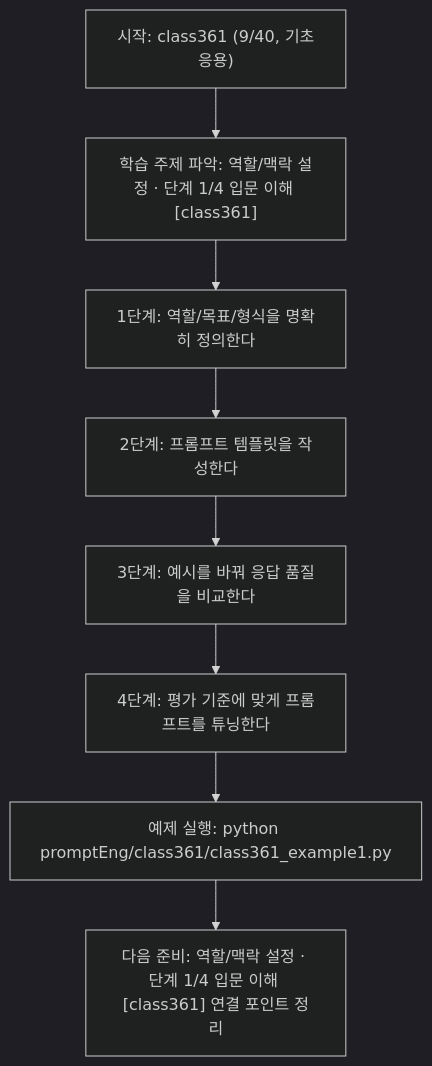
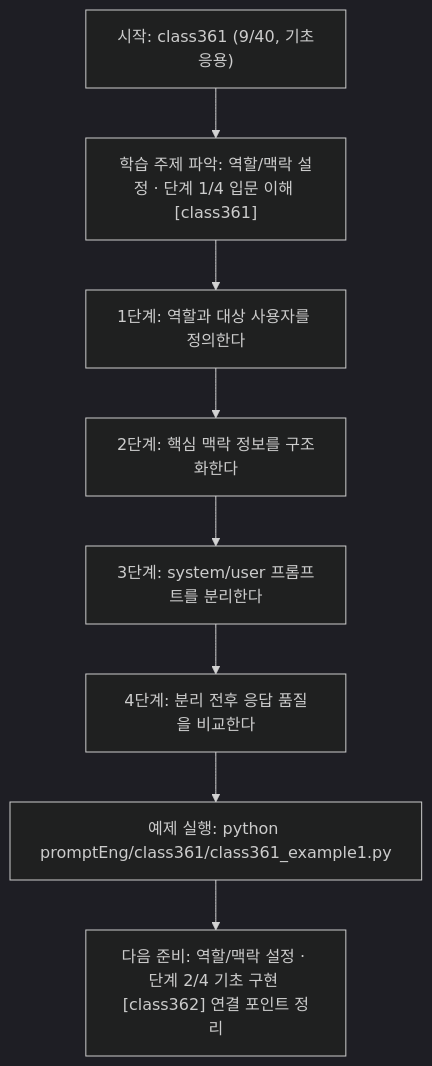
Before and after one commit to edumgt/Python-AI_Agent-Class: the diagram in promptEng/class361/class361.md, drawn with Mermaid (dark theme). The commit also changed other lines of this file and 283 other files, not shown here.

````diff
--- a/promptEng/class361/class361.md
+++ b/promptEng/class361/class361.md
@@ -110,18 +91,18 @@
 ```mermaid
 flowchart TD
 N1["시작: class361 (9/40, 기초응용)"]
 N2["학습 주제 파악: 역할/맥락 설정 · 단계 1/4 입문 이해 [class361]"]
-N3["1단계: 역할/목표/형식을 명확히 정의한다"]
-N4["2단계: 프롬프트 템플릿을 작성한다"]
-N5["3단계: 예시를 바꿔 응답 품질을 비교한다"]
-N6["4단계: 평가 기준에 맞게 프롬프트를 튜닝한다"]
+N3["1단계: 역할과 대상 사용자를 정의한다"]
+N4["2단계: 핵심 맥락 정보를 구조화한다"]
+N5["3단계: system/user 프롬프트를 분리한다"]
+N6["4단계: 분리 전후 응답 품질을 비교한다"]
 N7["예제 실행: python promptEng/class361/class361_example1.py"]
-N8["다음 준비: 역할/맥락 설정 · 단계 1/4 입문 이해 [class361] 연결 포인트 정리"]
+N8["다음 준비: 역할/맥락 설정 · 단계 2/4 기초 구현 [class362] 연결 포인트 정리"]
 N1 --> N2
 N2 --> N3
 N3 --> N4
 N4 --> N5
 N5 --> N6
 N6 --> N7
 N7 --> N8
 ```
````
